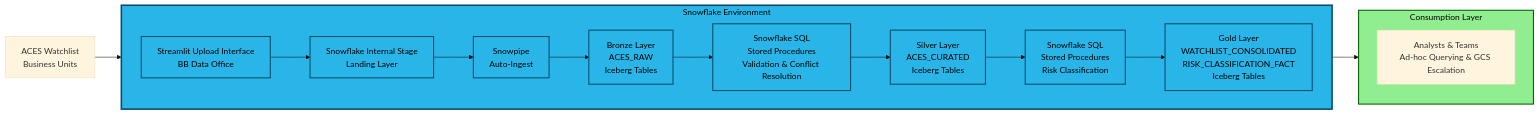
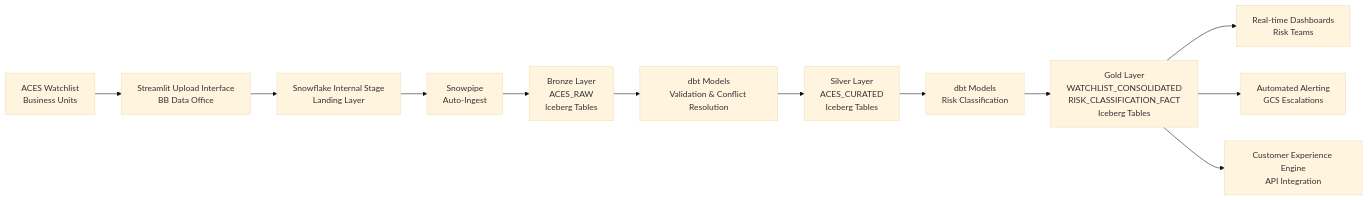
Diagram 15 of 19 in 15-BB-QPD Future State/QPD - Future State.md (sfc-gh-mhindi/REPO_CBA), drawn with Mermaid (base theme) before and after one commit. The commit also changed other lines of this file, not shown here.

````diff
--- a/15-BB-QPD Future State/QPD - Future State.md
+++ b/15-BB-QPD Future State/QPD - Future State.md
@@ -1876,41 +1461,14 @@
 ```mermaid
 graph LR
-    subgraph Snowflake["Snowflake Environment"]
-        direction LR
-        Streamlit[Streamlit Upload Interface<br/>BB Data Office]
-        Internal[Snowflake Internal Stage<br/>Landing Layer]
-        Snowpipe[Snowpipe<br/>Auto-Ingest]
-        Bronze[Bronze Layer<br/>ACES_RAW<br/>Iceberg Tables]
-        Transform_SP[Snowflake SQL<br/>Stored Procedures<br/>Validation & Conflict Resolution]
-        Silver[Silver Layer<br/>ACES_CURATED<br/>Iceberg Tables]
-        Transform_SP_Gold[Snowflake SQL<br/>Stored Procedures<br/>Risk Classification]
-        Gold[Gold Layer<br/>WATCHLIST_CONSOLIDATED<br/>RISK_CLASSIFICATION_FACT<br/>Iceberg Tables]
-        
-        Streamlit --> Internal
-        Internal --> Snowpipe
-        Snowpipe --> Bronze
-        Bronze --> Transform_SP
-        Transform_SP --> Silver
-        Silver --> Transform_SP_Gold
-        Transform_SP_Gold --> Gold
-    end
-    
-    subgraph Consumption["Consumption Layer"]
-        direction TB
-        Analysis[Analysts & Teams<br/>Ad-hoc Querying & GCS Escalation]
-    end
-    
-    Source[ACES Watchlist<br/>Business Units] --> Streamlit
-    Gold --> Analysis
-    
-    style Snowflake fill:#29b5e8,stroke:#0c4d6b,stroke-width:3px,color:#000
-    style Consumption fill:#90ee90,stroke:#006400,stroke-width:2px,color:#000
-    style Streamlit fill:#29b5e8,stroke:#0c4d6b,stroke-width:2px,color:#000
-    style Internal fill:#29b5e8,stroke:#0c4d6b,stroke-width:2px,color:#000
-    style Snowpipe fill:#29b5e8,stroke:#0c4d6b,stroke-width:2px,color:#000
-    style Bronze fill:#29b5e8,stroke:#0c4d6b,stroke-width:2px,color:#000
-    style Transform_SP fill:#29b5e8,stroke:#0c4d6b,stroke-width:2px,color:#000
-    style Silver fill:#29b5e8,stroke:#0c4d6b,stroke-width:2px,color:#000
-    style Transform_SP_Gold fill:#29b5e8,stroke:#0c4d6b,stroke-width:2px,color:#000
-    style Gold fill:#29b5e8,stroke:#0c4d6b,stroke-width:2px,color:#000
+    Source[ACES Watchlist<br/>Business Units] --> Streamlit[Streamlit Upload Interface<br/>BB Data Office]
+    Streamlit --> Internal[Snowflake Internal Stage<br/>Landing Layer]
+    Internal --> Snowpipe[Snowpipe<br/>Auto-Ingest]
+    Snowpipe --> Bronze[Bronze Layer<br/>ACES_RAW<br/>Iceberg Tables]
+    Bronze --> dbt_silver[dbt Models<br/>Validation & Conflict Resolution]
+    dbt_silver --> Silver[Silver Layer<br/>ACES_CURATED<br/>Iceberg Tables]
+    Silver --> dbt_gold[dbt Models<br/>Risk Classification]
+    dbt_gold --> Gold[Gold Layer<br/>WATCHLIST_CONSOLIDATED<br/>RISK_CLASSIFICATION_FACT<br/>Iceberg Tables]
+    Gold --> Dashboards[Real-time Dashboards<br/>Risk Teams]
+    Gold --> Alerts[Automated Alerting<br/>GCS Escalations]
+    Gold --> CEE[Customer Experience Engine<br/>API Integration]
 ```
````
